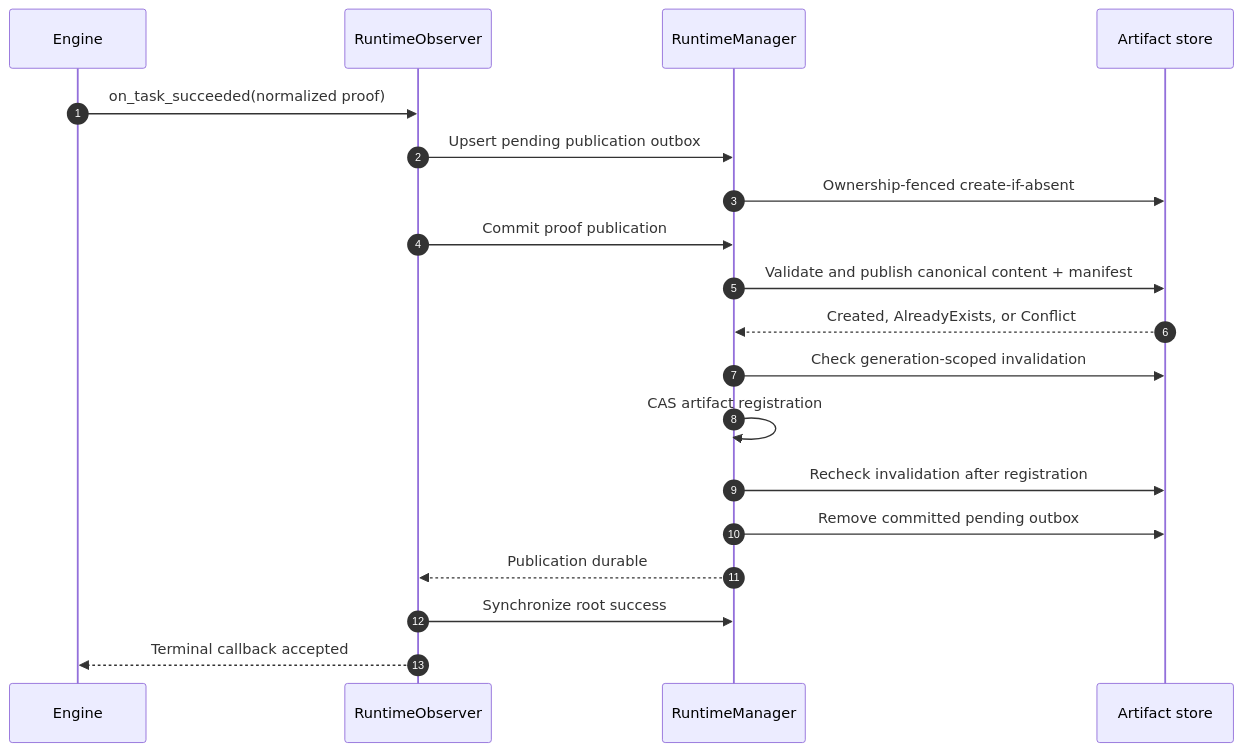
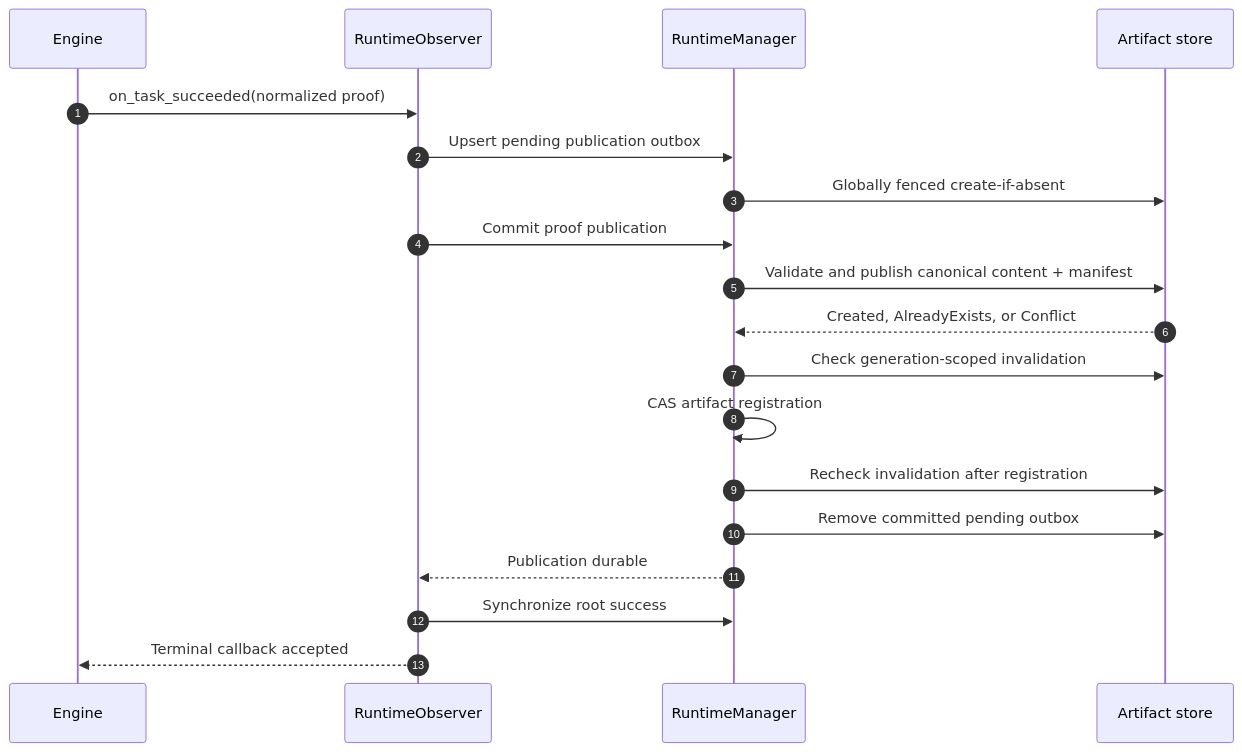
The fifth of 10 diagrams in docs/architecture.md (taikoxyz/raiko2), drawn with Mermaid before and after one commit. The commit also changed other lines of this file and 29 other files, not shown here.

````diff
--- a/docs/architecture.md
+++ b/docs/architecture.md
@@ -222,22 +219,22 @@
 ```mermaid
 sequenceDiagram
   autonumber
   participant Engine
   participant Observer as RuntimeObserver
   participant Runtime as RuntimeManager
   participant Store as Artifact store
 
   Engine->>Observer: on_task_succeeded(normalized proof)
   Observer->>Runtime: Upsert pending publication outbox
-  Runtime->>Store: Ownership-fenced create-if-absent
+  Runtime->>Store: Globally fenced create-if-absent
   Observer->>Runtime: Commit proof publication
   Runtime->>Store: Validate and publish canonical content + manifest
   Store-->>Runtime: Created, AlreadyExists, or Conflict
   Runtime->>Store: Check generation-scoped invalidation
   Runtime->>Runtime: CAS artifact registration
   Runtime->>Store: Recheck invalidation after registration
   Runtime->>Store: Remove committed pending outbox
   Runtime-->>Observer: Publication durable
   Observer->>Runtime: Synchronize root success
   Observer-->>Engine: Terminal callback accepted
 ```
````
